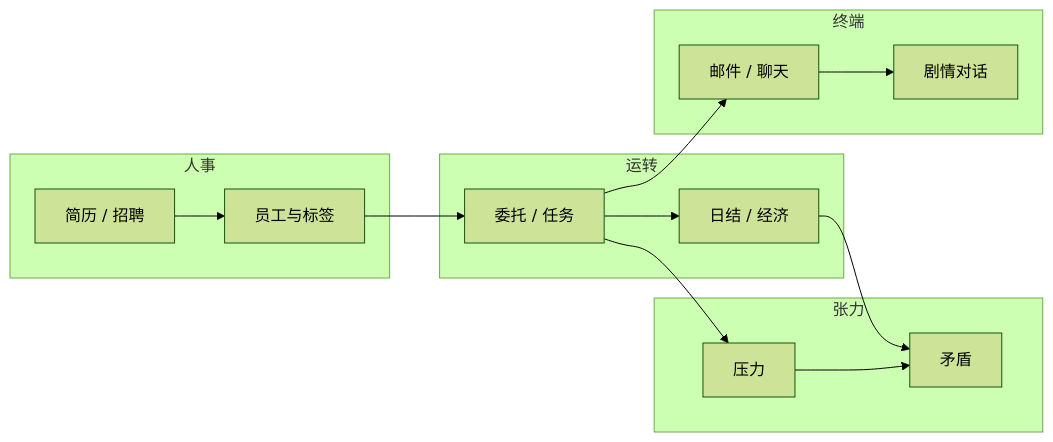
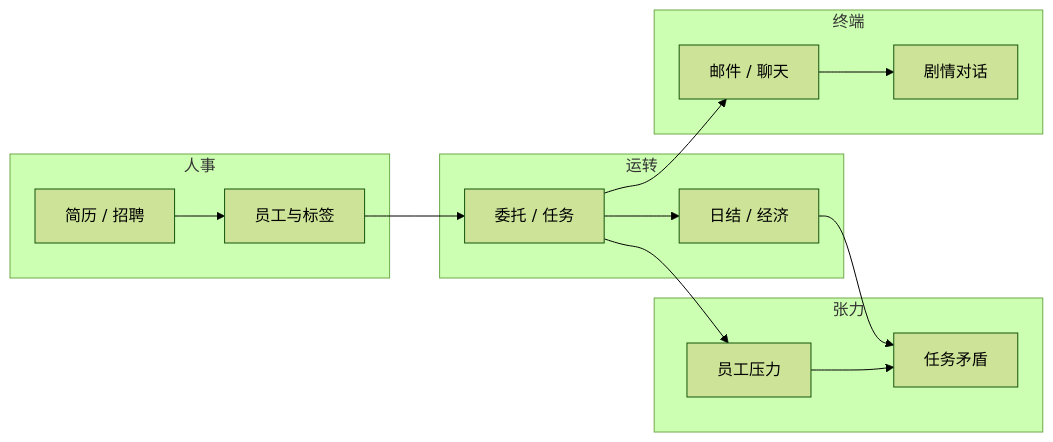
One commit to Estrella6066773/Shenrenshibu changed the first of 2 diagrams in Docs/程序设计/01-架构总览/核心系统与核心循环.md. Above: the diagram before and after it, drawn with Mermaid (forest theme). The commit also changed other lines of this file and 7 other files, not shown here.

````diff
--- a/Docs/程序设计/01-架构总览/核心系统与核心循环.md
+++ b/Docs/程序设计/01-架构总览/核心系统与核心循环.md
@@ -13,27 +15,27 @@
 ```mermaid
 flowchart LR
   subgraph 人事
     RSM[简历 / 招聘]
     EMP[员工与标签]
   end
   subgraph 运转
     ASG[委托 / 任务]
     PES[日结 / 经济]
   end
   subgraph 张力
-    STR[压力]
-    CNF[矛盾]
+    STR[员工压力]
+    CNF[任务矛盾]
   end
   subgraph 终端
     MSG[邮件 / 聊天]
     DLG[剧情对话]
   end
   RSM --> EMP
   EMP --> ASG
   ASG --> PES
   ASG --> STR
   STR --> CNF
   PES --> CNF
   MSG --> DLG
   ASG --> MSG
 ```
````
